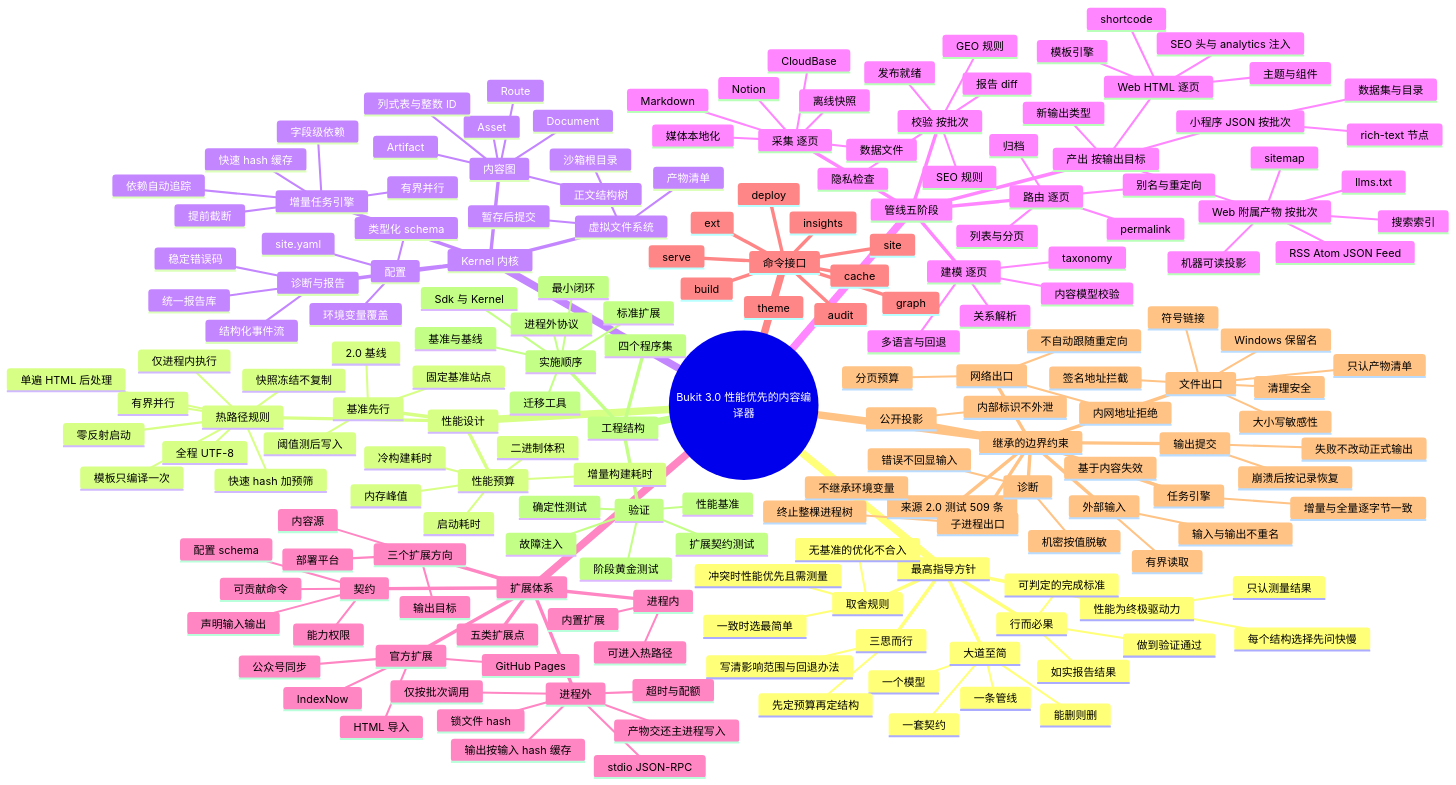
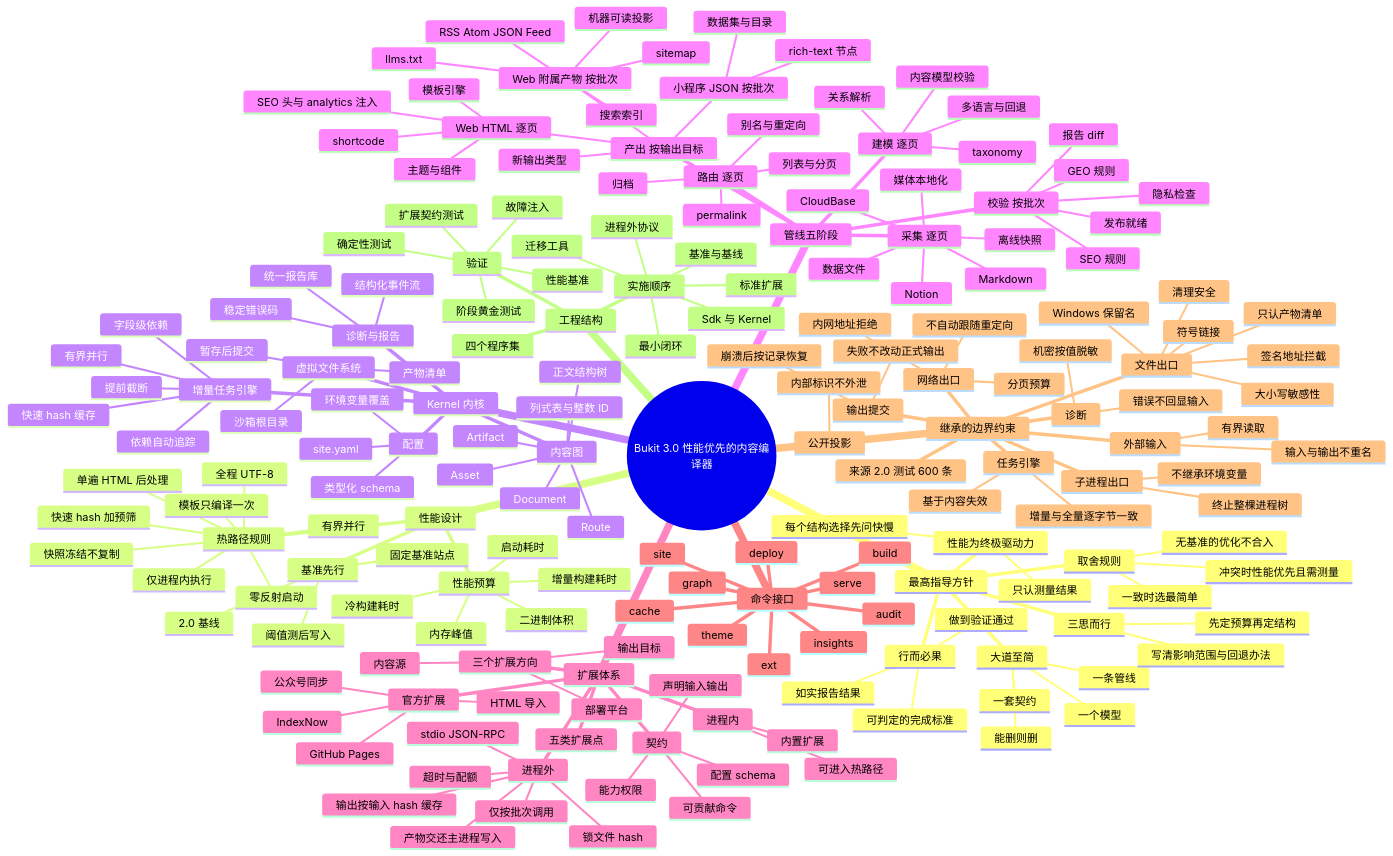
One commit to ALi365-SDN-BHD/Bukit changed the second of 3 diagrams in docs/plans/2026-11-24-bukit-3.0-architecture-design.zh-CN.md. Above: the diagram before and after it, drawn with Mermaid. The commit also changed other lines of this file and 1 other file, not shown here.

```diff
--- a/docs/plans/2026-11-24-bukit-3.0-architecture-design.zh-CN.md
+++ b/docs/plans/2026-11-24-bukit-3.0-architecture-design.zh-CN.md
@@ -263,7 +263,7 @@
       cache
       theme
     继承的边界约束
-      来源 2.0 测试 509 条
+      来源 2.0 测试 600 条
       文件出口
         清理安全
         只认产物清单
```
